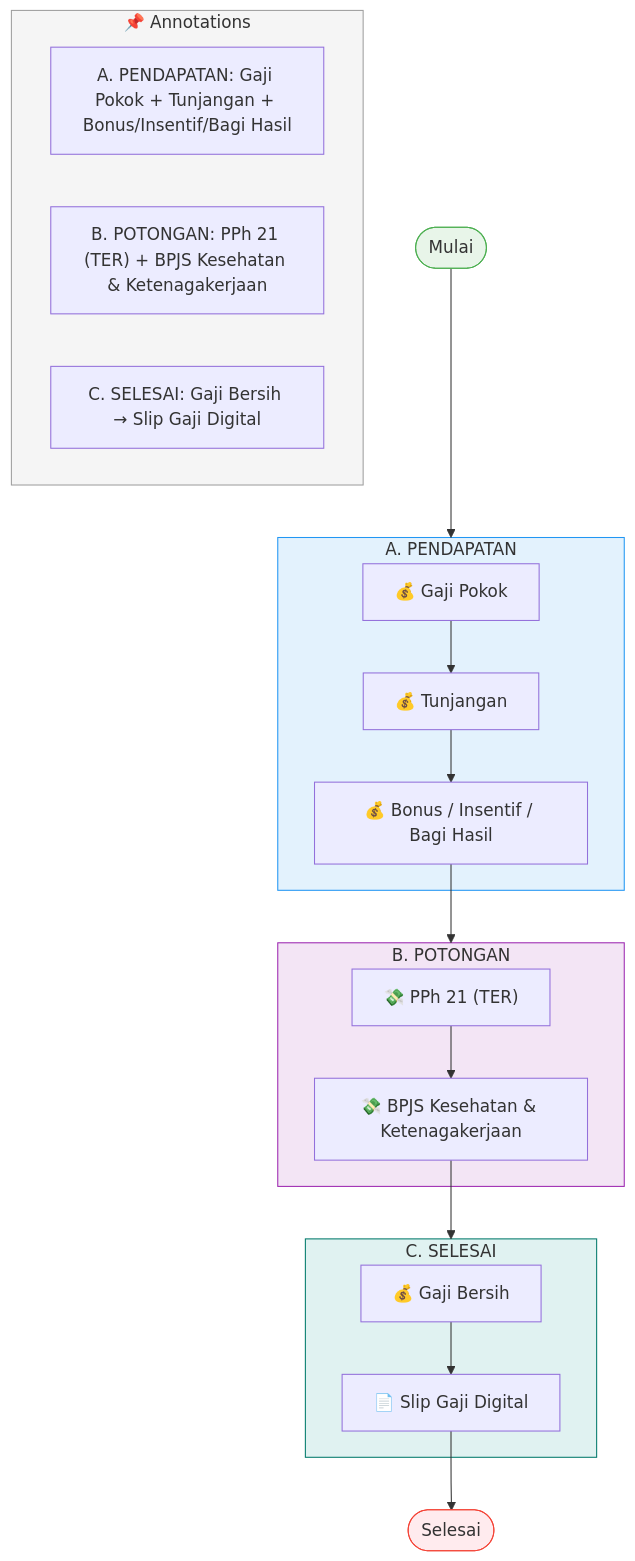
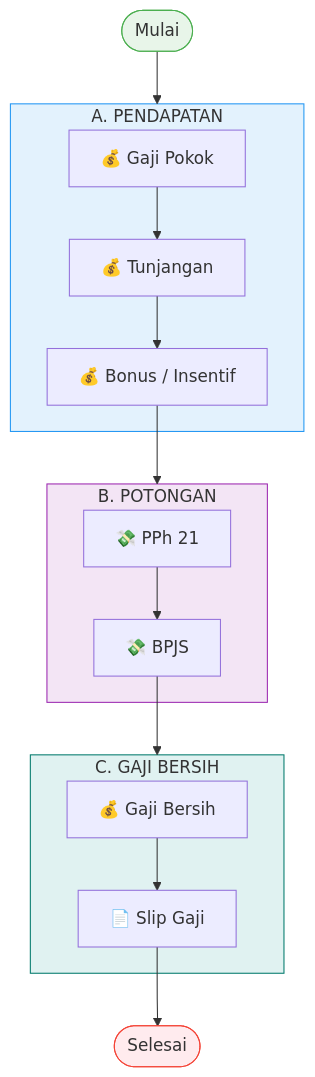
Before and after one commit to mad-af/sim-clinic-documentation: the diagram in Diagram/01-finance/payroll-staff-dan-dokter.mmd, drawn with Mermaid. The commit also changed 8 other files, not shown here.

Commit message:
chore(conductor): Add track 'Simplify Payroll Diagram'

```diff
--- a/Diagram/01-finance/payroll-staff-dan-dokter.mmd
+++ b/Diagram/01-finance/payroll-staff-dan-dokter.mmd
@@ -1,35 +1,28 @@
 flowchart TD
     Start([Mulai]) --> A_Pendapatan
 
     subgraph A_Pendapatan["A. PENDAPATAN"]
         A1["💰 Gaji Pokok"] --> A2["💰 Tunjangan"]
-        A2 --> A3["💰 Bonus / Insentif / Bagi Hasil"]
+        A2 --> A3["💰 Bonus / Insentif"]
     end
 
     A3 --> B_Potongan
 
     subgraph B_Potongan["B. POTONGAN"]
-        B1["💸 PPh 21 (TER)"] --> B2["💸 BPJS Kesehatan & Ketenagakerjaan"]
+        B1["💸 PPh 21"] --> B2["💸 BPJS"]
     end
 
     B2 --> C_Selesai
 
-    subgraph C_Selesai["C. SELESAI"]
-        C1["💰 Gaji Bersih"] --> C2["📄 Slip Gaji Digital"]
+    subgraph C_Selesai["C. GAJI BERSIH"]
+        C1["💰 Gaji Bersih"] --> C2["📄 Slip Gaji"]
     end
 
     C2 --> End([Selesai])
-
-    subgraph Annotations["📌 Annotations"]
-        ANN1["A. PENDAPATAN: Gaji Pokok + Tunjangan + Bonus/Insentif/Bagi Hasil"]
-        ANN2["B. POTONGAN: PPh 21 (TER) + BPJS Kesehatan & Ketenagakerjaan"]
-        ANN3["C. SELESAI: Gaji Bersih → Slip Gaji Digital"]
-    end
 
     %% ==================== STYLES ====================
     style Start fill:#E8F5E9,stroke:#4CAF50
     style End fill:#FFEBEE,stroke:#F44336
     style A_Pendapatan fill:#E3F2FD,stroke:#2196F3
     style B_Potongan fill:#F3E5F5,stroke:#9C27B0
     style C_Selesai fill:#E0F2F1,stroke:#00796B
-    style Annotations fill:#F5F5F5,stroke:#9E9E9E
```
